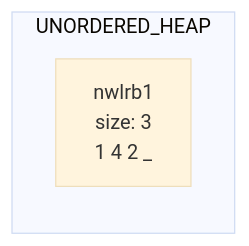
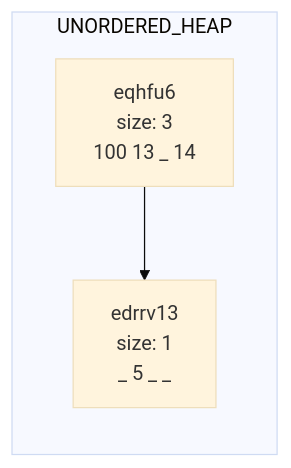
Before and after one commit to shiridikumar/phase1_dup: the second of 2 diagrams in data/chart.md, drawn with Mermaid (base theme). The commit also changed other lines of this file and 17 other files, not shown here.

````diff
--- a/data/chart.md
+++ b/data/chart.md
@@ -7,6 +11,8 @@
 ```mermaid
 graph LR
 subgraph UNORDERED_HEAP
-nwlrb1[nwlrb1<br/>size: 3<br/>1 4 2 _ ]
+eqhfu6[eqhfu6<br/>size: 3<br/>100 13 _ 14 ]
+edrrv13[edrrv13<br/>size: 1<br/>_ 5 _ _ ]
+eqhfu6-->edrrv13
 end
 ```
````
